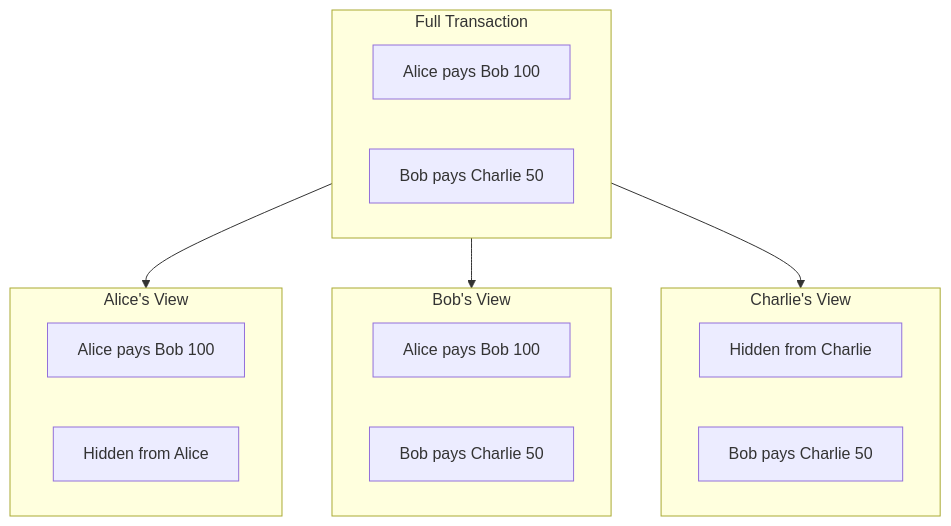
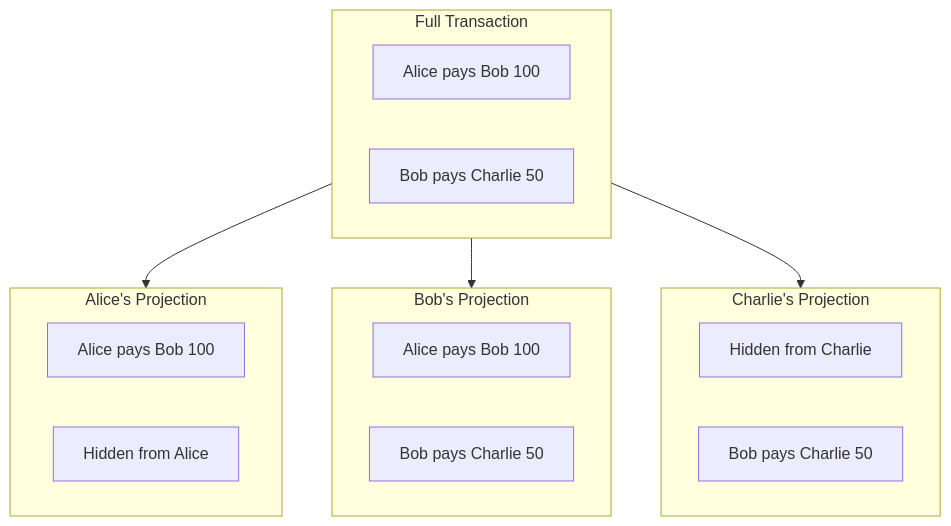
Before and after one commit to canton-network/cf-docs: the fourth of 4 diagrams in docs-main/overview/learn/ledger-model.mdx, drawn with Mermaid. The commit also changed other lines of this file, not shown here.

Commit message:
use projection terminology for stakeholder transaction views

````diff
--- a/docs-main/overview/learn/ledger-model.mdx
+++ b/docs-main/overview/learn/ledger-model.mdx
@@ -209,26 +209,26 @@
 ```mermaid
 flowchart TB
     subgraph Full[Full Transaction]
         A[Alice pays Bob 100]
         B[Bob pays Charlie 50]
     end
 
-    Full --> VA[Alice's View]
-    Full --> VB[Bob's View]
-    Full --> VC[Charlie's View]
+    Full --> VA[Alice's Projection]
+    Full --> VB[Bob's Projection]
+    Full --> VC[Charlie's Projection]
 
-    subgraph VA[Alice's View]
+    subgraph VA[Alice's Projection]
         A1[Alice pays Bob 100]
         A2[Hidden from Alice]
     end
 
-    subgraph VB[Bob's View]
+    subgraph VB[Bob's Projection]
         B1[Alice pays Bob 100]
         B2[Bob pays Charlie 50]
     end
 
-    subgraph VC[Charlie's View]
+    subgraph VC[Charlie's Projection]
         C1[Hidden from Charlie]
         C2[Bob pays Charlie 50]
     end
 ```
````
